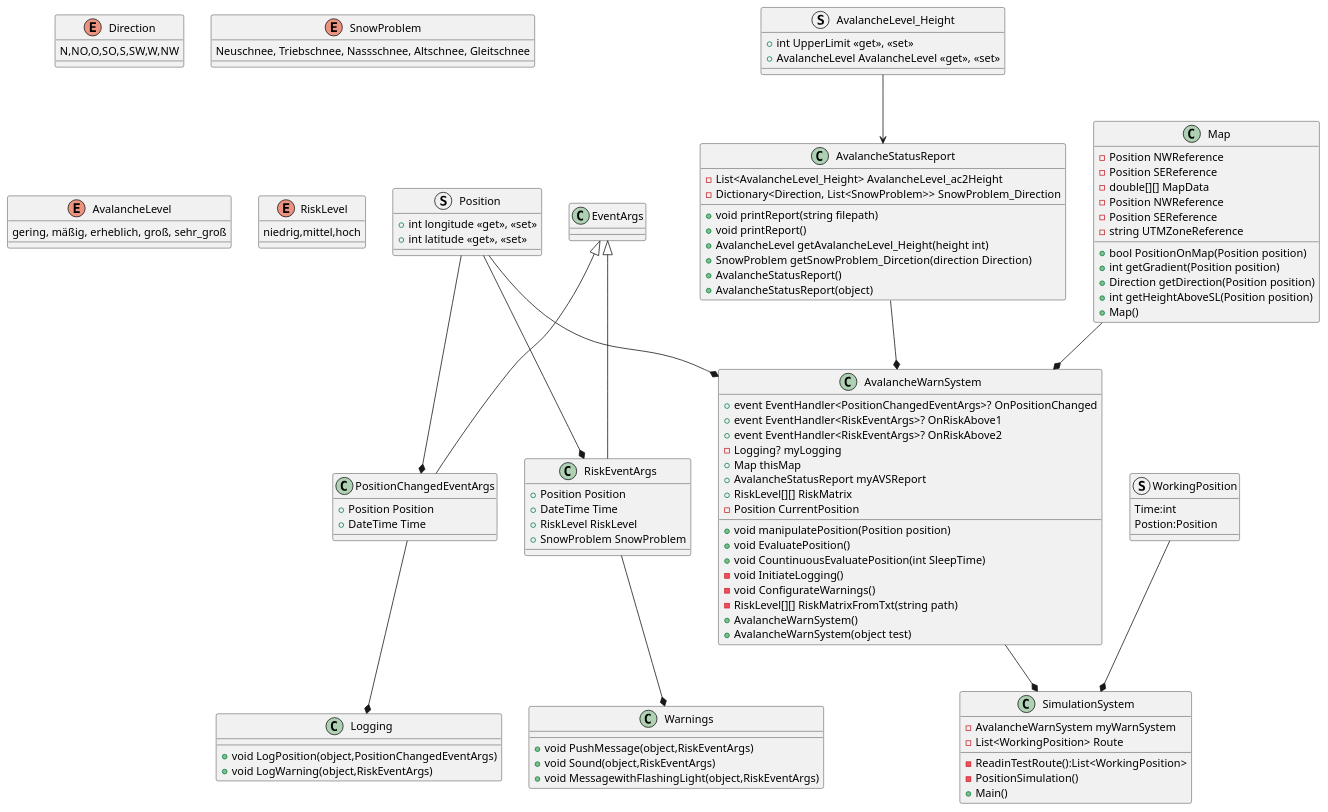
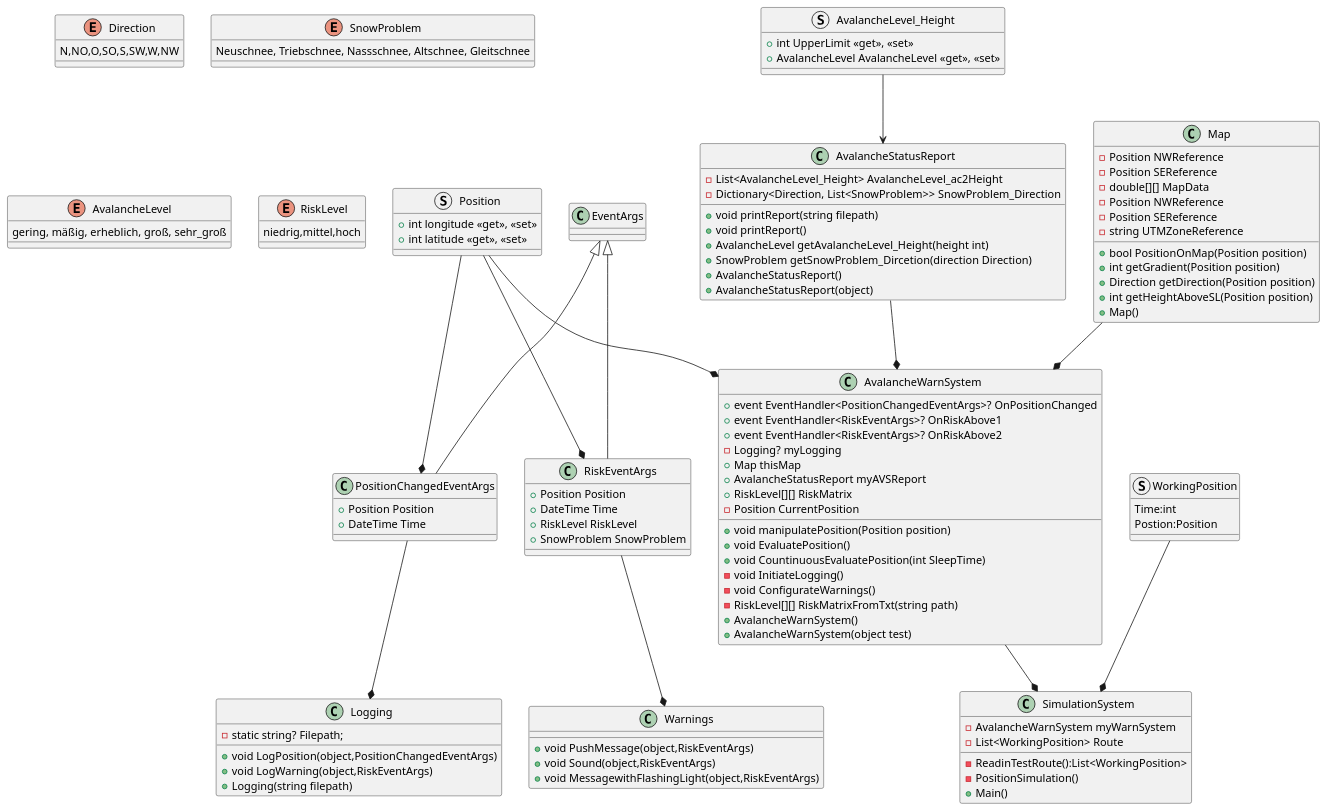
Before and after one commit to ganz-anders/poorgrammar: the diagram in ClassDiagram.puml, drawn with PlantUML.

Commit message:
updating ClassDiagramm - Logging

```diff
--- a/ClassDiagram.puml
+++ b/ClassDiagram.puml
@@ -1,135 +1,137 @@
 @startuml ClassDiagram
 enum Direction
 {
     N,NO,O,SO,S,SW,W,NW
 }
 
 enum SnowProblem
 {
     Neuschnee, Triebschnee, Nassschnee, Altschnee, Gleitschnee
 }
 
 enum AvalancheLevel
 {
     gering, mäßig, erheblich, groß, sehr_groß
 }
 
 enum RiskLevel
 {
     niedrig,mittel,hoch
 }
 
 struct Position
 {
     + int longitude <<get>>, <<set>>
     + int latitude <<get>>, <<set>>
 }
 
 struct AvalancheLevel_Height
 {
     + int UpperLimit <<get>>, <<set>>
     + AvalancheLevel AvalancheLevel <<get>>, <<set>>
 }
 
 class AvalancheStatusReport
 {
     - List<AvalancheLevel_Height> AvalancheLevel_ac2Height
     - Dictionary<Direction, List<SnowProblem>> SnowProblem_Direction
     + void printReport(string filepath)
     + void printReport()
     + AvalancheLevel getAvalancheLevel_Height(height int)
     + SnowProblem getSnowProblem_Dircetion(direction Direction)
     + AvalancheStatusReport()
     + AvalancheStatusReport(object)
 }
 
 class Map
 {
     - Position NWReference
     - Position SEReference
     - double[][] MapData
     - Position NWReference
     - Position SEReference
     - string UTMZoneReference
     + bool PositionOnMap(Position position)
     + int getGradient(Position position)
     + Direction getDirection(Position position)
     + int getHeightAboveSL(Position position)
     + Map()
 }
 
 class Warnings
 {
     + void PushMessage(object,RiskEventArgs)
     + void Sound(object,RiskEventArgs)
     + void MessagewithFlashingLight(object,RiskEventArgs)
 }
 
 class Logging
 {
+    - static string? Filepath;
     + void LogPosition(object,PositionChangedEventArgs)
     + void LogWarning(object,RiskEventArgs)
+    + Logging(string filepath)
 }
 
 class PositionChangedEventArgs
 {
     + Position Position
     + DateTime Time
 }
 
 class RiskEventArgs
 {
     + Position Position
     + DateTime Time
     + RiskLevel RiskLevel
     + SnowProblem SnowProblem
 }
 
 class AvalancheWarnSystem
 {
     + event EventHandler<PositionChangedEventArgs>? OnPositionChanged
     + event EventHandler<RiskEventArgs>? OnRiskAbove1
     + event EventHandler<RiskEventArgs>? OnRiskAbove2
     - Logging? myLogging
     + Map thisMap
     + AvalancheStatusReport myAVSReport
     + RiskLevel[][] RiskMatrix
     - Position CurrentPosition 
     + void manipulatePosition(Position position)
     + void EvaluatePosition()
     + void CountinuousEvaluatePosition(int SleepTime)
     - void InitiateLogging()
     - void ConfigurateWarnings()
     - RiskLevel[][] RiskMatrixFromTxt(string path)
     + AvalancheWarnSystem()
     + AvalancheWarnSystem(object test)
 }
 
 struct WorkingPosition
 {
     Time:int
     Postion:Position    
 }
 class SimulationSystem
 {
     - AvalancheWarnSystem myWarnSystem
     - List<WorkingPosition> Route
     - ReadinTestRoute():List<WorkingPosition>
     - PositionSimulation()
     + Main()
 }
 
 RiskEventArgs --* Warnings
 PositionChangedEventArgs --* Logging
 EventArgs <|-- RiskEventArgs
 EventArgs <|-- PositionChangedEventArgs
 AvalancheLevel_Height --> AvalancheStatusReport
 Position --* RiskEventArgs
 Position --* PositionChangedEventArgs
 Position --* AvalancheWarnSystem
 AvalancheStatusReport --* AvalancheWarnSystem
 Map --* AvalancheWarnSystem
 AvalancheWarnSystem --* SimulationSystem
 WorkingPosition --* SimulationSystem
 
 @enduml
```
